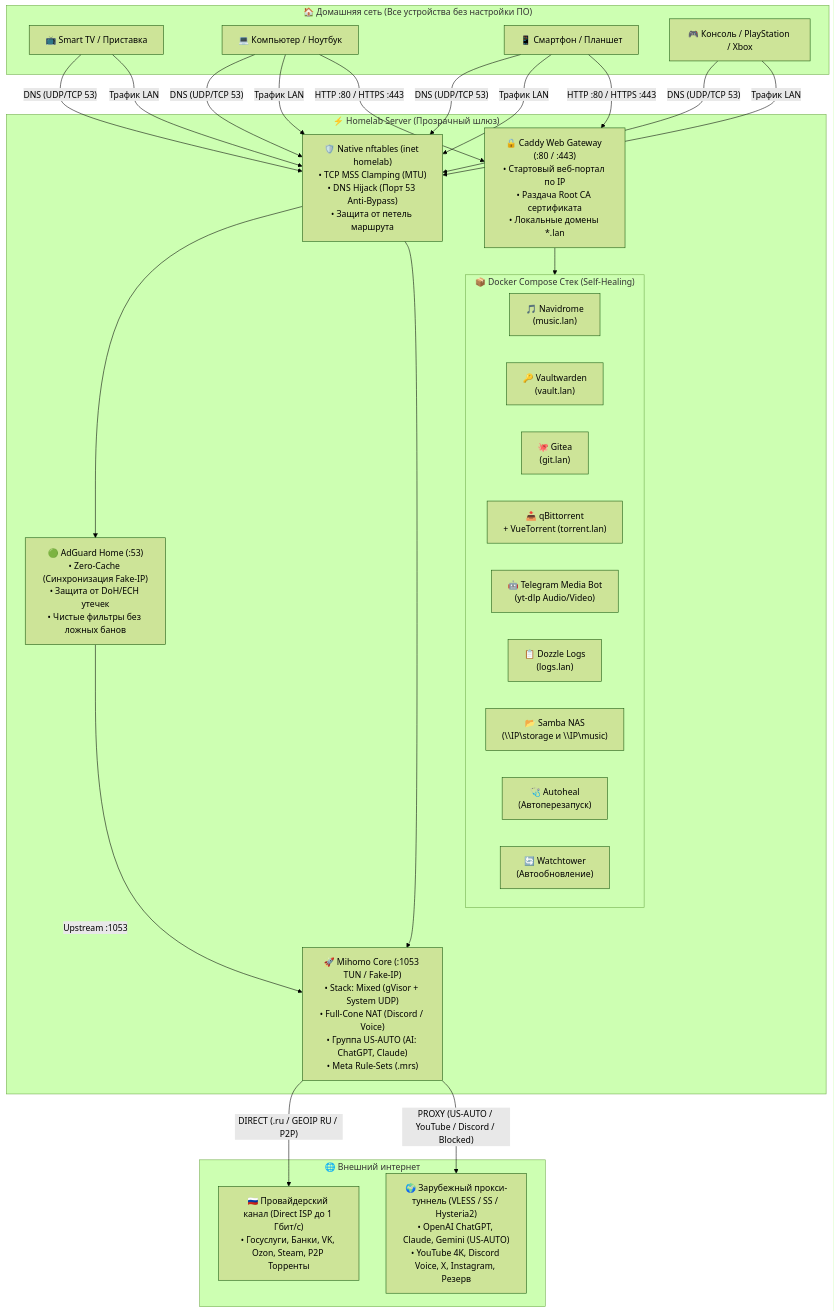
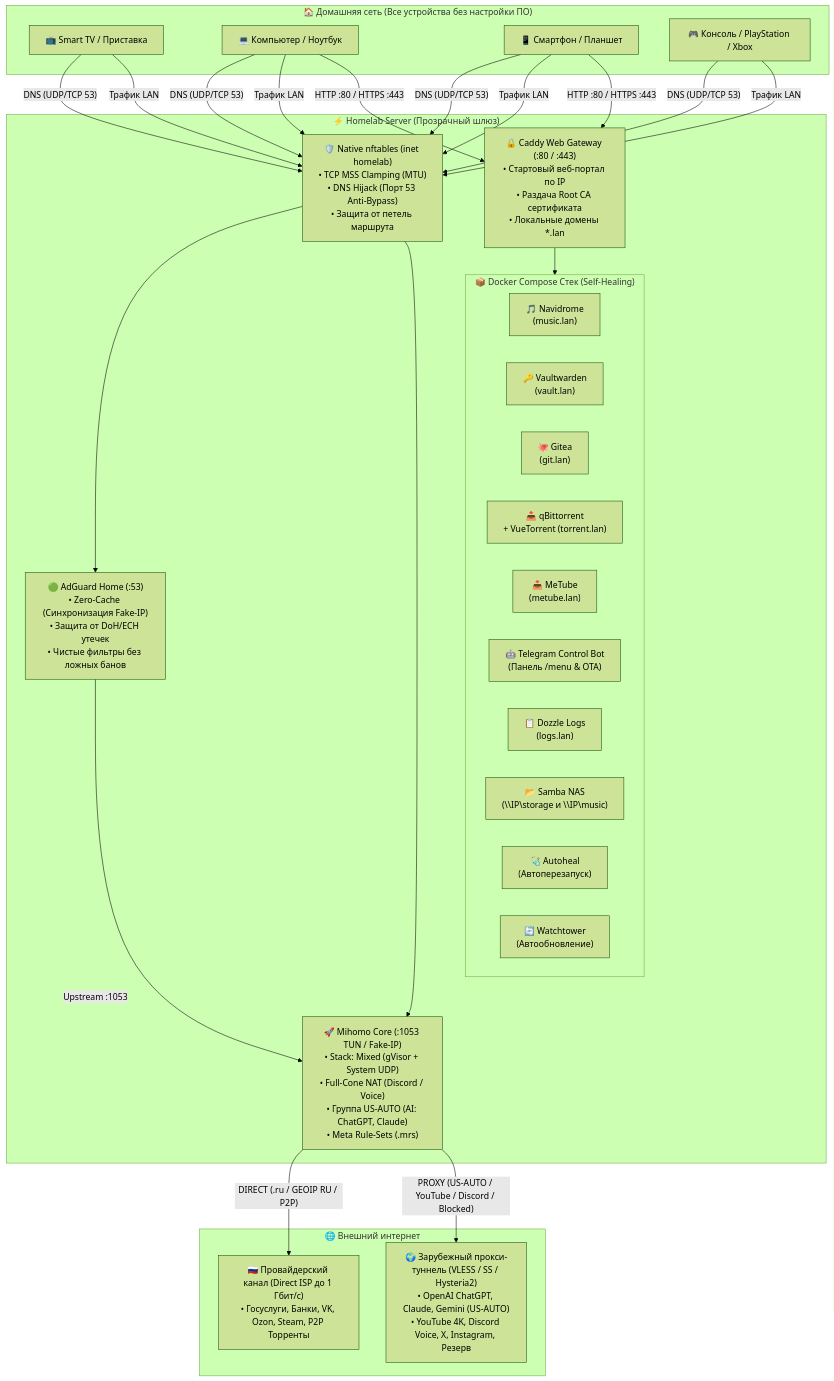
Before and after one commit to unknownpeace/Medal: the diagram in README.md, drawn with Mermaid (forest theme). The commit also changed other lines of this file and 8 other files, not shown here.

Commit message:
feat: restore MeTube web downloader, streamline Telegram bot to management & fix Alpine stats, bump to v2.8.2

````diff
--- a/README.md
+++ b/README.md
@@ -72,49 +72,50 @@
 ```mermaid
 flowchart TD
     subgraph LAN[" 🏠 Домашняя сеть (Все устройства без настройки ПО) "]
         TV["📺 Smart TV / Приставка"]
         PC["💻 Компьютер / Ноутбук"]
         PHONE["📱 Смартфон / Планшет"]
         CONSOLE["🎮 Консоль / PlayStation / Xbox"]
     end
 
     subgraph SERVER[" ⚡ Homelab Server (Прозрачный шлюз) "]
         NFT["🛡️ Native nftables (inet homelab)<br/>• TCP MSS Clamping (MTU)<br/>• DNS Hijack (Порт 53 Anti-Bypass)<br/>• Защита от петель маршрута"]
         
         AGH["🟢 AdGuard Home (:53)<br/>• Zero-Cache (Синхронизация Fake-IP)<br/>• Защита от DoH/ECH утечек<br/>• Чистые фильтры без ложных банов"]
         
         MIHOMO["🚀 Mihomo Core (:1053 TUN / Fake-IP)<br/>• Stack: Mixed (gVisor + System UDP)<br/>• Full-Cone NAT (Discord / Voice)<br/>• Группа US-AUTO (AI: ChatGPT, Claude)<br/>• Meta Rule-Sets (.mrs)"]
 
         CADDY["🔒 Caddy Web Gateway (:80 / :443)<br/>• Стартовый веб-портал по IP<br/>• Раздача Root CA сертификата<br/>• Локальные домены *.lan"]
 
         subgraph APPS[" 📦 Docker Compose Стек (Self-Healing) "]
             NAVI["🎵 Navidrome<br/>(music.lan)"]
             VW["🔑 Vaultwarden<br/>(vault.lan)"]
             GIT["🐙 Gitea<br/>(git.lan)"]
             QBIT["📥 qBittorrent<br/>+ VueTorrent (torrent.lan)"]
-            BOT["🤖 Telegram Media Bot<br/>(yt-dlp Audio/Video)"]
+            METUBE["📥 MeTube<br/>(metube.lan)"]
+            BOT["🤖 Telegram Control Bot<br/>(Панель /menu & OTA)"]
             DOZZLE["📋 Dozzle Logs<br/>(logs.lan)"]
             SMB["📂 Samba NAS<br/>(\\IP\storage и \\IP\music)"]
             HEAL["🩺 Autoheal<br/>(Автоперезапуск)"]
             WT["🔄 Watchtower<br/>(Автообновление)"]
         end
     end
 
     subgraph INTERNET[" 🌐 Внешний интернет "]
         DIRECT_NET["🇷🇺 Провайдерский канал (Direct ISP до 1 Гбит/с)<br/>• Госуслуги, Банки, VK, Ozon, Steam, P2P Торренты"]
         PROXY_NET["🌍 Зарубежный прокси-туннель (VLESS / SS / Hysteria2)<br/>• OpenAI ChatGPT, Claude, Gemini (US-AUTO)<br/>• YouTube 4K, Discord Voice, X, Instagram, Резерв"]
     end
 
     TV & PC & PHONE & CONSOLE -->|"DNS (UDP/TCP 53)"| NFT
     NFT --> AGH
     AGH -->|"Upstream :1053"| MIHOMO
     
     TV & PC & PHONE & CONSOLE -->|"Трафик LAN"| NFT
     NFT --> MIHOMO
 
     MIHOMO -->|"DIRECT (.ru / GEOIP RU / P2P)"| DIRECT_NET
     MIHOMO -->|"PROXY (US-AUTO / YouTube / Discord / Blocked)"| PROXY_NET
 
     PC & PHONE -->|"HTTP :80 / HTTPS :443"| CADDY
     CADDY --> APPS
 ```
````
